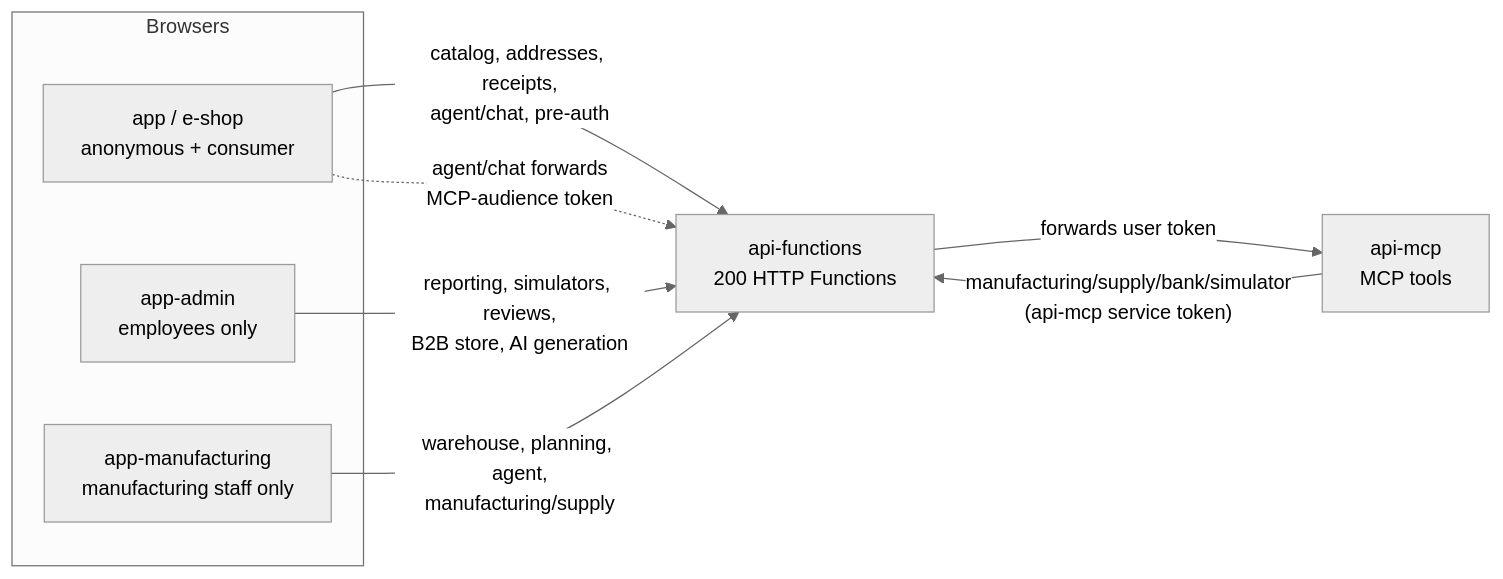
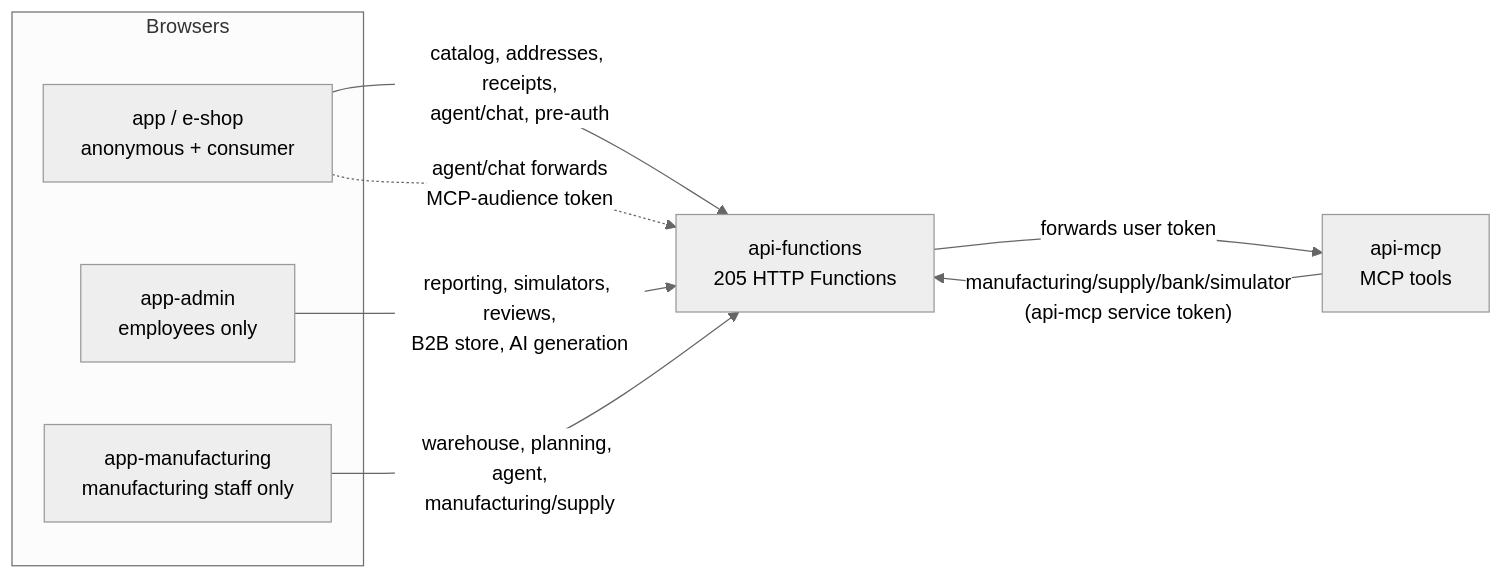
Before and after one commit to ahems/AdventureWorks: the first of 2 diagrams in docs/features/functions-oauth/README.md, drawn with Mermaid (neutral theme). The commit also changed other lines of this file and 453 other files, not shown here.

````diff
--- a/docs/features/functions-oauth/README.md
+++ b/docs/features/functions-oauth/README.md
@@ -137,17 +137,17 @@
 ```mermaid
 flowchart LR
   subgraph Browsers
     ESHOP[app / e-shop<br/>anonymous + consumer]
     ADMIN[app-admin<br/>employees only]
     MFG[app-manufacturing<br/>manufacturing staff only]
   end
   MCP[api-mcp<br/>MCP tools]
-  FUNC[api-functions<br/>200 HTTP Functions]
+  FUNC[api-functions<br/>205 HTTP Functions]
 
   ESHOP -->|catalog, addresses, receipts,<br/>agent/chat, pre-auth| FUNC
   ADMIN -->|reporting, simulators, reviews,<br/>B2B store, AI generation| FUNC
   MFG -->|warehouse, planning, agent,<br/>manufacturing/supply| FUNC
   ESHOP -.->|agent/chat forwards<br/>MCP-audience token| FUNC
   FUNC -->|forwards user token| MCP
   MCP -->|"manufacturing/supply/bank/simulator<br/>(api-mcp service token)"| FUNC
 ```
````
